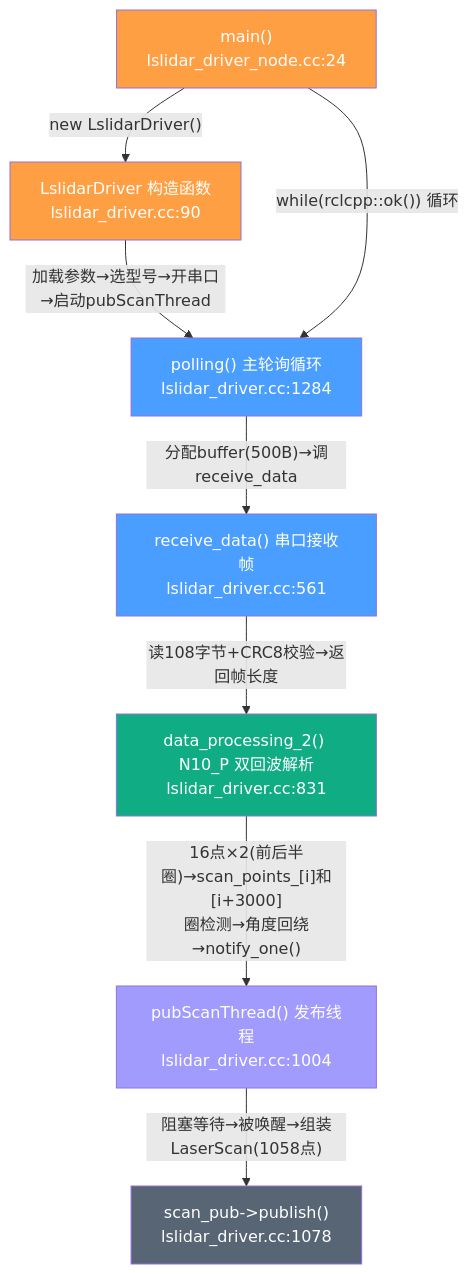
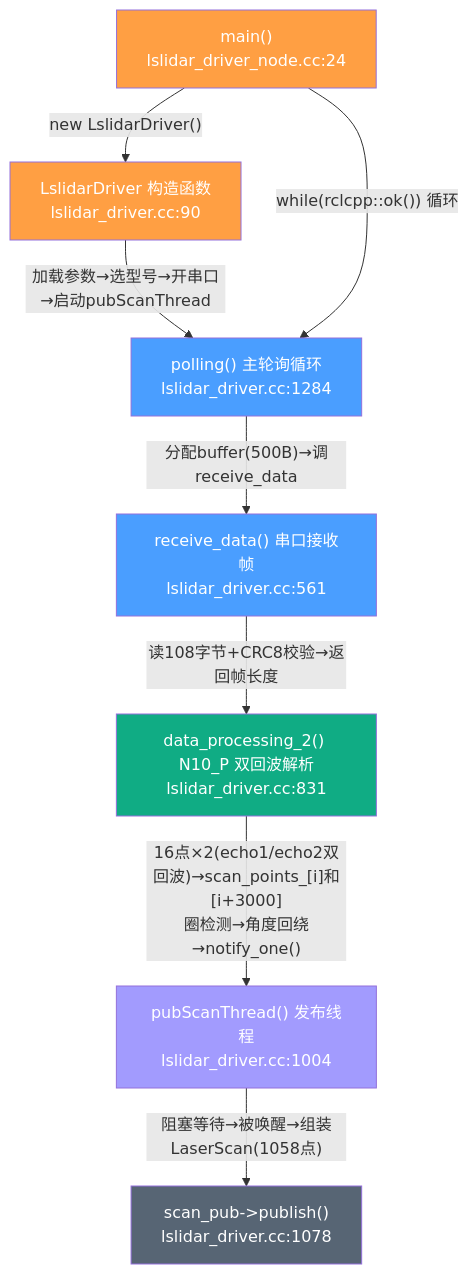
Diagram 17 of 39 in learn.md (yangou-ylz/n10p_laser_ros2), drawn with Mermaid before and after one commit. The commit also changed other lines of this file and 17 other files, not shown here.

````diff
--- a/learn.md
+++ b/learn.md
@@ -1230,26 +1230,26 @@
 ```mermaid
 flowchart TB
     MAIN["main()<br/>lslidar_driver_node.cc:24"]
     CONSTRUCTOR["LslidarDriver 构造函数<br/>lslidar_driver.cc:90"]
     POLLING["polling() 主轮询循环<br/>lslidar_driver.cc:1284"]
     RECEIVE["receive_data() 串口接收帧<br/>lslidar_driver.cc:561"]
     DP2["data_processing_2() N10_P 双回波解析<br/>lslidar_driver.cc:831"]
     PUB_THREAD["pubScanThread() 发布线程<br/>lslidar_driver.cc:1004"]
     PUBLISH["scan_pub->publish()<br/>lslidar_driver.cc:1078"]
 
     MAIN -->|"new LslidarDriver()"| CONSTRUCTOR
     CONSTRUCTOR -->|"加载参数→选型号→开串口→启动pubScanThread"| POLLING
     MAIN -->|"while(rclcpp::ok()) 循环"| POLLING
     POLLING -->|"分配buffer(500B)→调receive_data"| RECEIVE
     RECEIVE -->|"读108字节+CRC8校验→返回帧长度"| DP2
-    DP2 -->|"16点×2(前后半圈)→scan_points_[i]和[i+3000]<br/>圈检测→角度回绕→notify_one()"| PUB_THREAD
+    DP2 -->|"16点×2(echo1/echo2双回波)→scan_points_[i]和[i+3000]<br/>圈检测→角度回绕→notify_one()"| PUB_THREAD
     PUB_THREAD -->|"阻塞等待→被唤醒→组装LaserScan(1058点)"| PUBLISH
 
     style MAIN fill:#ff9f43,color:#fff
     style CONSTRUCTOR fill:#ff9f43,color:#fff
     style POLLING fill:#4a9eff,color:#fff
     style RECEIVE fill:#4a9eff,color:#fff
     style DP2 fill:#10ac84,color:#fff
     style PUB_THREAD fill:#a29bfe,color:#fff
     style PUBLISH fill:#576574,color:#fff
 ```
````
